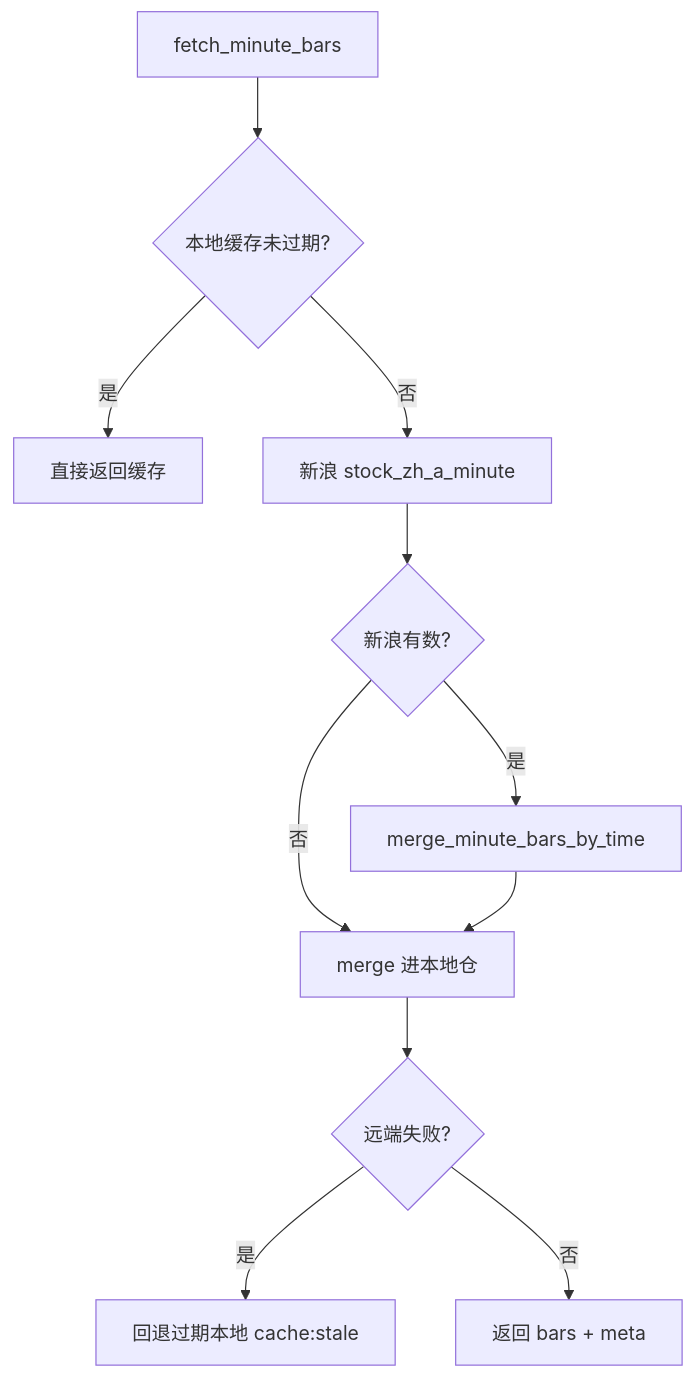
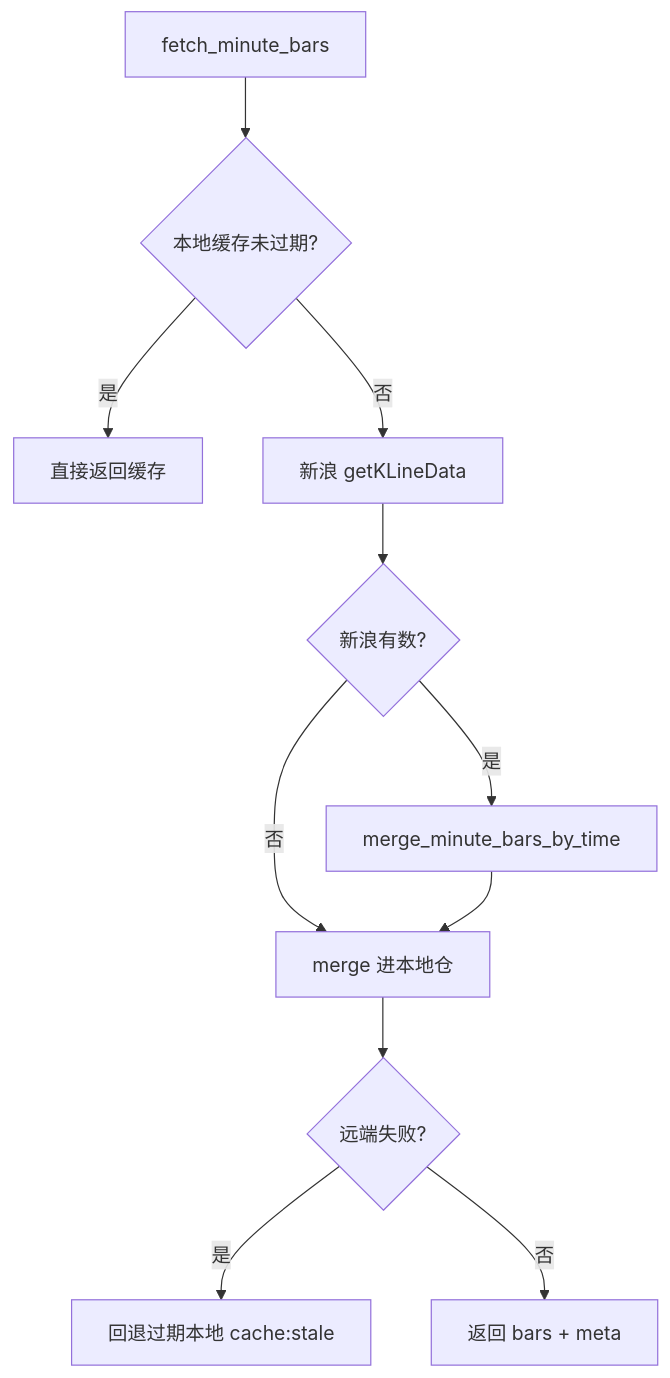
Before and after one commit to KaimingGao/workspace_gaokm: the second of 3 diagrams in quantlab/docs/component/data.md, drawn with Mermaid. The commit also changed other lines of this file and 33 other files, not shown here.

````diff
--- a/quantlab/docs/component/data.md
+++ b/quantlab/docs/component/data.md
@@ -113,13 +113,13 @@
 ```mermaid
 flowchart TD
   A[fetch_minute_bars] --> B{本地缓存未过期?}
   B -->|是| C[直接返回缓存]
-  B -->|否| ST[新浪 stock_zh_a_minute]
+  B -->|否| ST[新浪 getKLineData]
   ST --> STQ{新浪有数?}
   STQ -->|是| J[merge_minute_bars_by_time]
   STQ -->|否| K
   J --> K[merge 进本地仓]
   K --> L{远端失败?}
   L -->|是| M[回退过期本地 cache:stale]
   L -->|否| N[返回 bars + meta]
 ```
````
